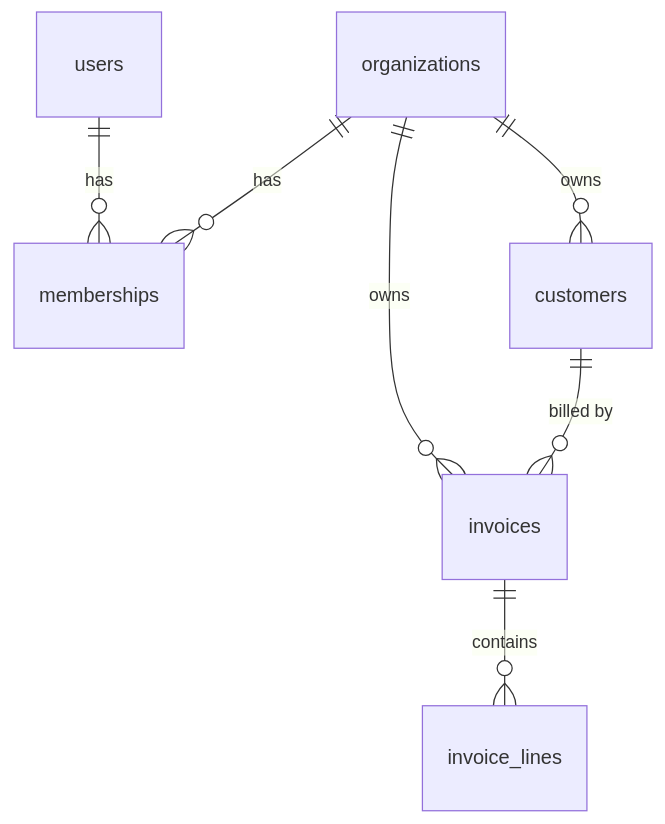
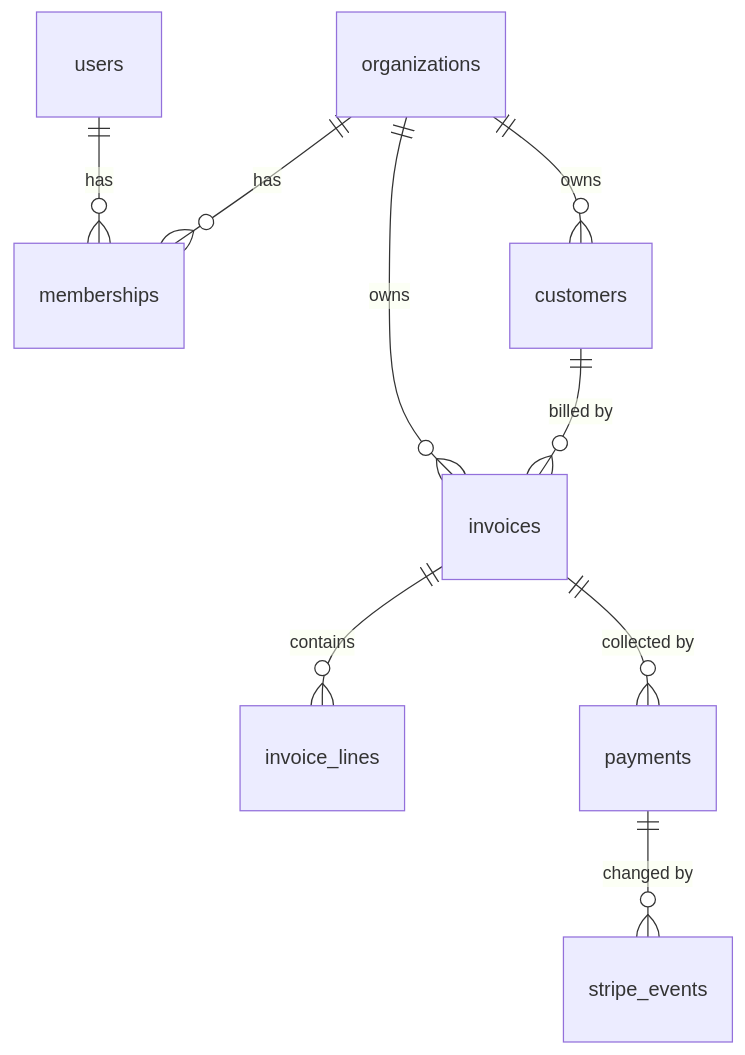
The first of 6 diagrams in DESIGN.md (vivekdavara/tally), drawn with Mermaid before and after one commit. The commit also changed other lines of this file and 1 other file, not shown here.

First line of the commit message:
DESIGN: billing (providers, payments, links, webhooks, time zones)

````diff
--- a/DESIGN.md
+++ b/DESIGN.md
@@ -23,9 +23,11 @@
 ```mermaid
 erDiagram
     users ||--o{ memberships : has
     organizations ||--o{ memberships : has
     organizations ||--o{ customers : owns
     organizations ||--o{ invoices : owns
     customers ||--o{ invoices : "billed by"
     invoices ||--o{ invoice_lines : contains
+    invoices ||--o{ payments : "collected by"
+    payments ||--o{ stripe_events : "changed by"
 ```
````
